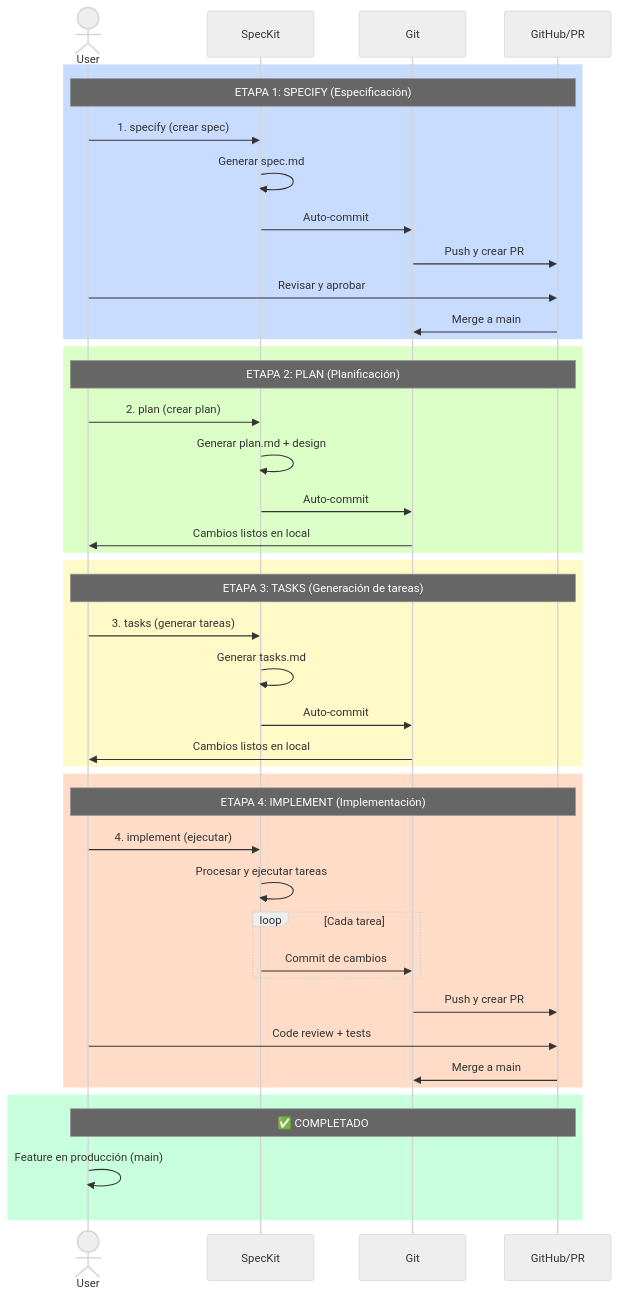
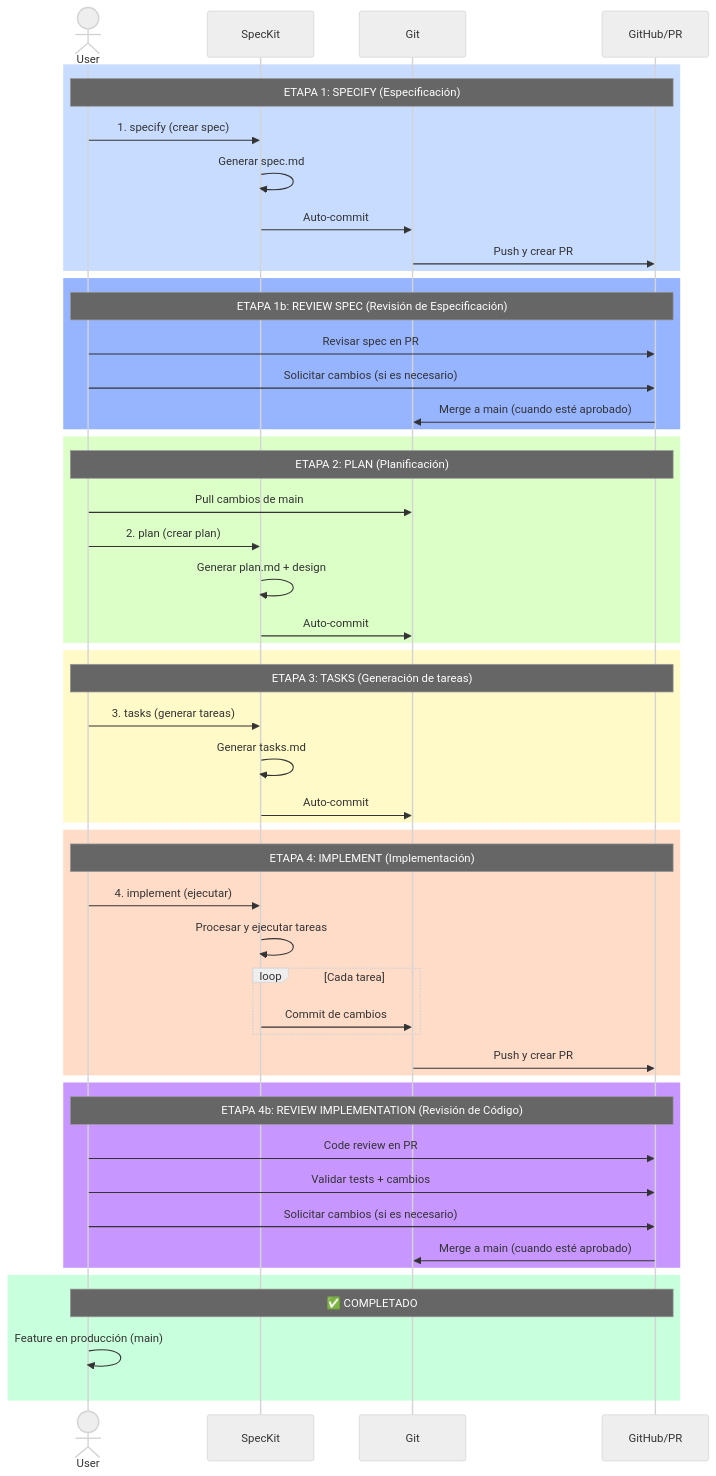
The diagram in docs/architecture/sdd-workflow-phases.mmd (dariopalminio/repo-hub-sdd-polyrepo-poc), drawn with Mermaid (neutral theme) before and after one commit.

Commit message:
docs: improve sdd-workflow-phases.mmd with explicit PR review phases
Separate review and approval phases as distinct workflow stages:

- ETAPA 1b: REVIEW SPEC - explicit PR review phase for specification
- ETAPA 4b: REVIEW IMPLEMENTATION - explicit PR review phase for code

Changes:
- Review phases now have their own colored rectangles (blue and purple)
- Each review phase shows user actions (review, request changes, merge)
- Plan stage now includes 'git pull' to sync main branch
- Clearer separation between creation and review stages
- Better visualization of PR-based workflow with gates

```diff
--- a/docs/architecture/sdd-workflow-phases.mmd
+++ b/docs/architecture/sdd-workflow-phases.mmd
@@ -1,48 +1,58 @@
 sequenceDiagram
     actor User
     participant SpecKit
     participant Git
     participant GitHub as GitHub/PR
 
     rect rgb(200, 220, 255)
         Note over User,GitHub: ETAPA 1: SPECIFY (Especificación)
         User->>SpecKit: 1. specify (crear spec)
         SpecKit->>SpecKit: Generar spec.md
         SpecKit->>Git: Auto-commit
         Git->>GitHub: Push y crear PR #1
-        User->>GitHub: Revisar y aprobar
-        GitHub->>Git: Merge a main
+    end
+
+    rect rgb(150, 180, 255)
+        Note over User,GitHub: ETAPA 1b: REVIEW SPEC (Revisión de Especificación)
+        User->>GitHub: Revisar spec en PR #1
+        User->>GitHub: Solicitar cambios (si es necesario)
+        GitHub->>Git: Merge a main (cuando esté aprobado)
     end
 
     rect rgb(220, 255, 200)
         Note over User,GitHub: ETAPA 2: PLAN (Planificación)
+        User->>Git: Pull cambios de main
         User->>SpecKit: 2. plan (crear plan)
         SpecKit->>SpecKit: Generar plan.md + design
         SpecKit->>Git: Auto-commit
-        Git->>User: Cambios listos en local
     end
 
     rect rgb(255, 250, 200)
         Note over User,GitHub: ETAPA 3: TASKS (Generación de tareas)
         User->>SpecKit: 3. tasks (generar tareas)
         SpecKit->>SpecKit: Generar tasks.md
         SpecKit->>Git: Auto-commit
-        Git->>User: Cambios listos en local
     end
 
     rect rgb(255, 220, 200)
         Note over User,GitHub: ETAPA 4: IMPLEMENT (Implementación)
         User->>SpecKit: 4. implement (ejecutar)
         SpecKit->>SpecKit: Procesar y ejecutar tareas
         loop Cada tarea
             SpecKit->>Git: Commit de cambios
         end
         Git->>GitHub: Push y crear PR #2
-        User->>GitHub: Code review + tests
-        GitHub->>Git: Merge a main
+    end
+
+    rect rgb(200, 150, 255)
+        Note over User,GitHub: ETAPA 4b: REVIEW IMPLEMENTATION (Revisión de Código)
+        User->>GitHub: Code review en PR #2
+        User->>GitHub: Validar tests + cambios
+        User->>GitHub: Solicitar cambios (si es necesario)
+        GitHub->>Git: Merge a main (cuando esté aprobado)
     end
 
     rect rgb(200, 255, 220)
         Note over User,GitHub: ✅ COMPLETADO
         User->>User: Feature en producción (main)
     end
```
